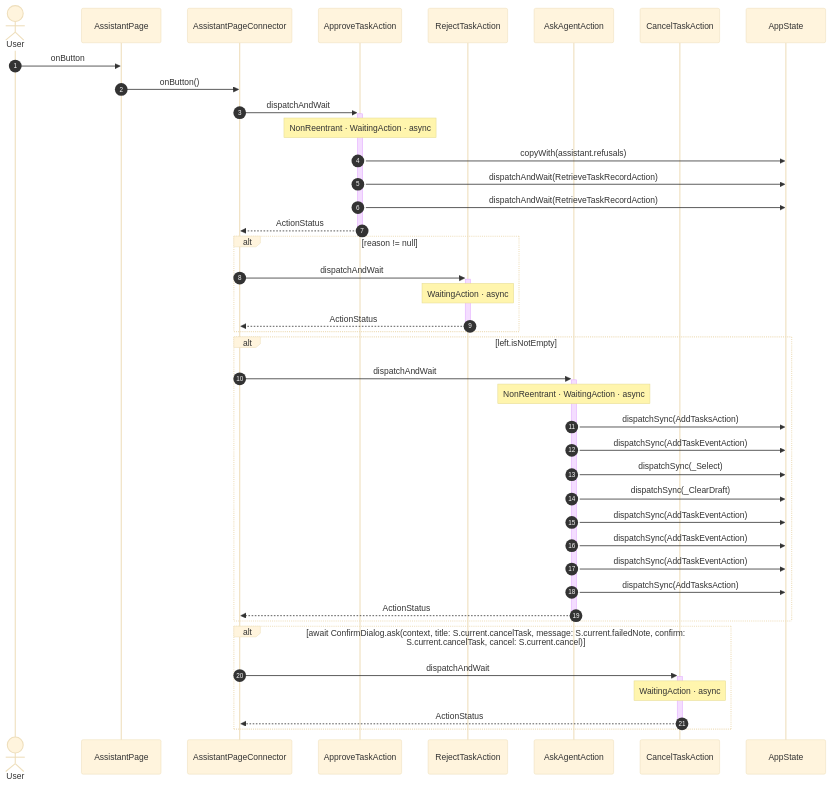
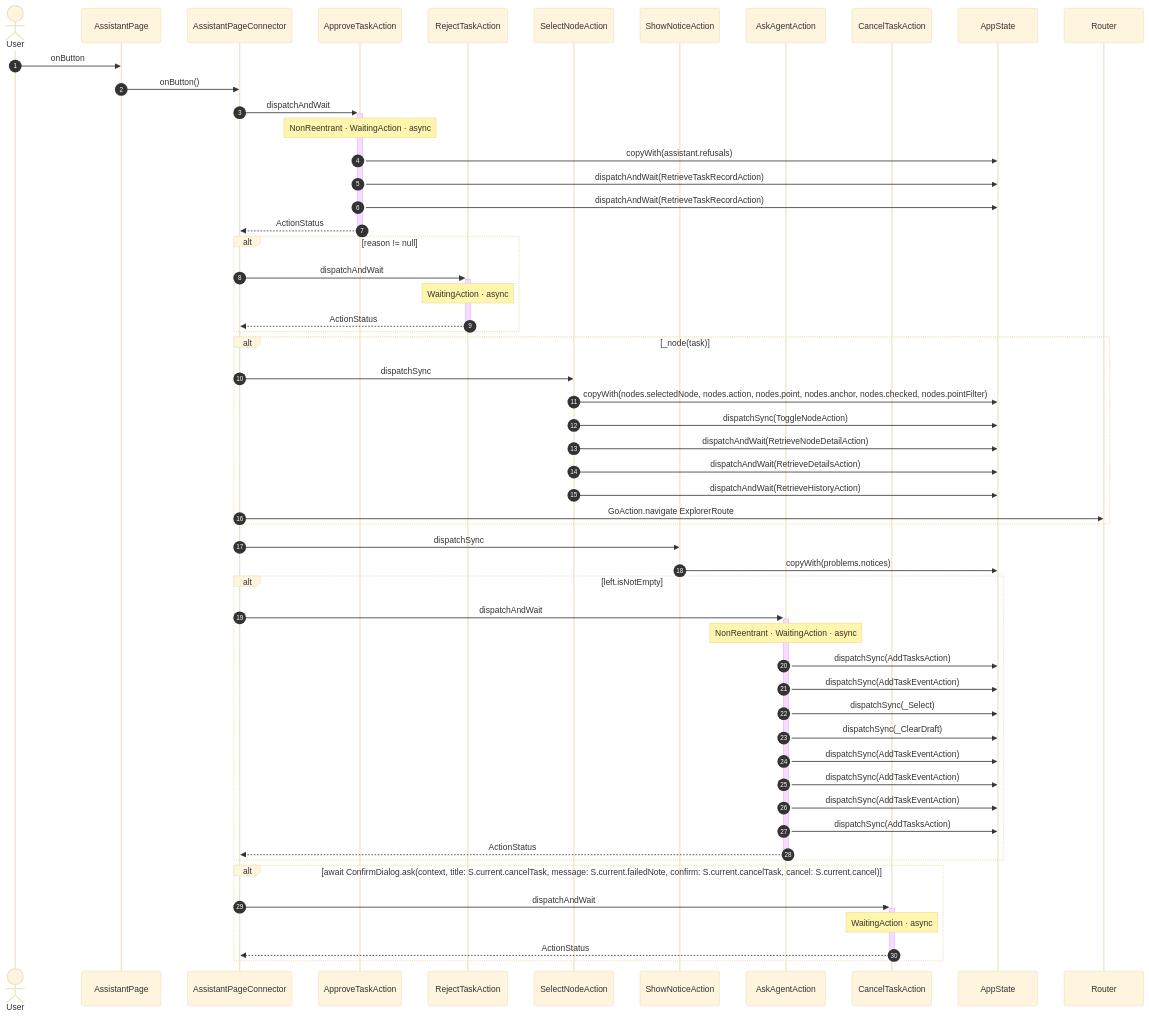
One commit to gencto/wyrm changed the tenth of 10 diagrams in studio/docs/flows/assistant.md. Above: the diagram before and after it, drawn with Mermaid (base theme). The commit also changed other lines of this file and 24 other files, not shown here.

````diff
--- a/studio/docs/flows/assistant.md
+++ b/studio/docs/flows/assistant.md
@@ -183,44 +203,58 @@
 ```mermaid
 sequenceDiagram
     autonumber
     actor User
     participant UI as AssistantPage
     participant VM as AssistantPageConnector
     participant A1 as ApproveTaskAction
     participant A2 as RejectTaskAction
-    participant A3 as AskAgentAction
-    participant A4 as CancelTaskAction
+    participant A3 as SelectNodeAction
+    participant A4 as ShowNoticeAction
+    participant A5 as AskAgentAction
+    participant A6 as CancelTaskAction
     participant ST as AppState
+    participant NAV as Router
 
     User->>UI: onButton
     UI->>VM: onButton()
     VM->>+A1: dispatchAndWait
     Note over A1: NonReentrant · WaitingAction · async
     A1->>ST: copyWith(assistant.refusals)
     A1->>ST: dispatchAndWait(RetrieveTaskRecordAction)
     A1->>ST: dispatchAndWait(RetrieveTaskRecordAction)
     A1-->>-VM: ActionStatus
     alt reason != null
         VM->>+A2: dispatchAndWait
         Note over A2: WaitingAction · async
         A2-->>-VM: ActionStatus
     end
+    alt _node(task)
+        VM->>A3: dispatchSync
+        A3->>ST: copyWith(nodes.selectedNode, nodes.action, nodes.point, nodes.anchor, nodes.checked, nodes.pointFilter)
+        A3->>ST: dispatchSync(ToggleNodeAction)
+        A3->>ST: dispatchAndWait(RetrieveNodeDetailAction)
+        A3->>ST: dispatchAndWait(RetrieveDetailsAction)
+        A3->>ST: dispatchAndWait(RetrieveHistoryAction)
+        VM->>NAV: GoAction.navigate ExplorerRoute
+    end
+    VM->>A4: dispatchSync
+    A4->>ST: copyWith(problems.notices)
     alt left.isNotEmpty
-        VM->>+A3: dispatchAndWait
-        Note over A3: NonReentrant · WaitingAction · async
-        A3->>ST: dispatchSync(AddTasksAction)
-        A3->>ST: dispatchSync(AddTaskEventAction)
-        A3->>ST: dispatchSync(_Select)
-        A3->>ST: dispatchSync(_ClearDraft)
-        A3->>ST: dispatchSync(AddTaskEventAction)
-        A3->>ST: dispatchSync(AddTaskEventAction)
-        A3->>ST: dispatchSync(AddTaskEventAction)
-        A3->>ST: dispatchSync(AddTasksAction)
-        A3-->>-VM: ActionStatus
+        VM->>+A5: dispatchAndWait
+        Note over A5: NonReentrant · WaitingAction · async
+        A5->>ST: dispatchSync(AddTasksAction)
+        A5->>ST: dispatchSync(AddTaskEventAction)
+        A5->>ST: dispatchSync(_Select)
+        A5->>ST: dispatchSync(_ClearDraft)
+        A5->>ST: dispatchSync(AddTaskEventAction)
+        A5->>ST: dispatchSync(AddTaskEventAction)
+        A5->>ST: dispatchSync(AddTaskEventAction)
+        A5->>ST: dispatchSync(AddTasksAction)
+        A5-->>-VM: ActionStatus
     end
     alt await ConfirmDialog.ask(context, title: S.current.cancelTask, message: S.current.failedNote, confirm: S.current.cancelTask, cancel: S.current.cancel)
-        VM->>+A4: dispatchAndWait
-        Note over A4: WaitingAction · async
-        A4-->>-VM: ActionStatus
+        VM->>+A6: dispatchAndWait
+        Note over A6: WaitingAction · async
+        A6-->>-VM: ActionStatus
     end
 ```
````
